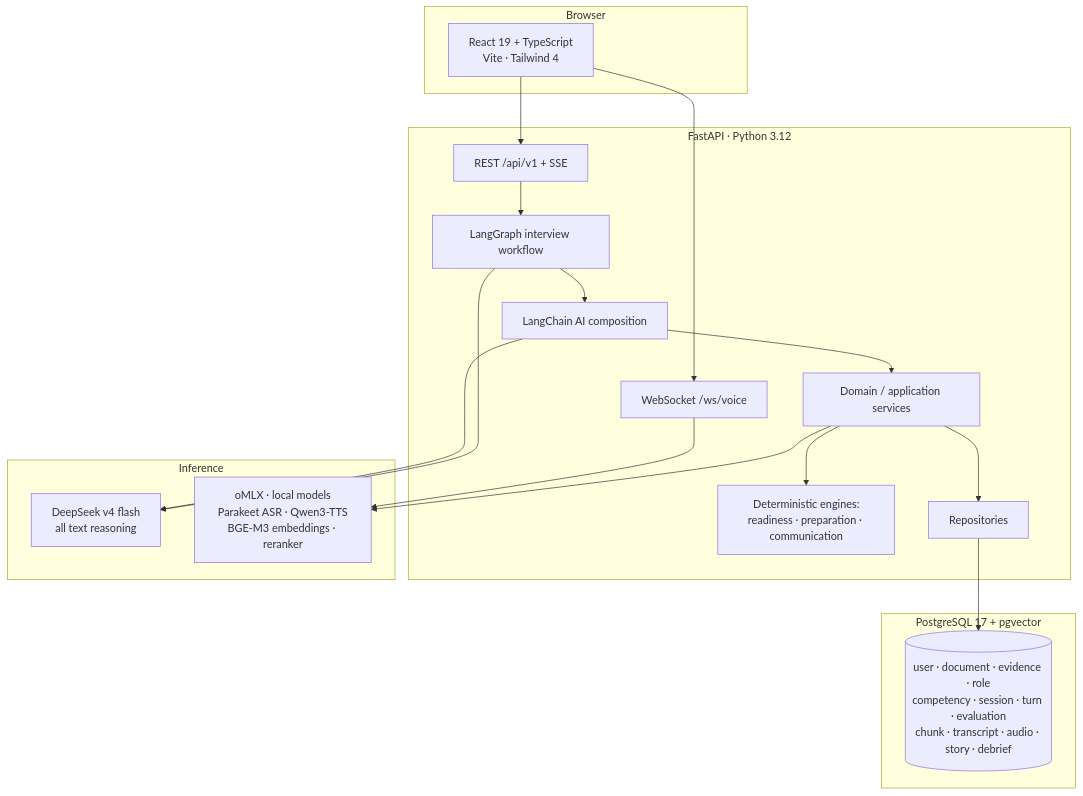
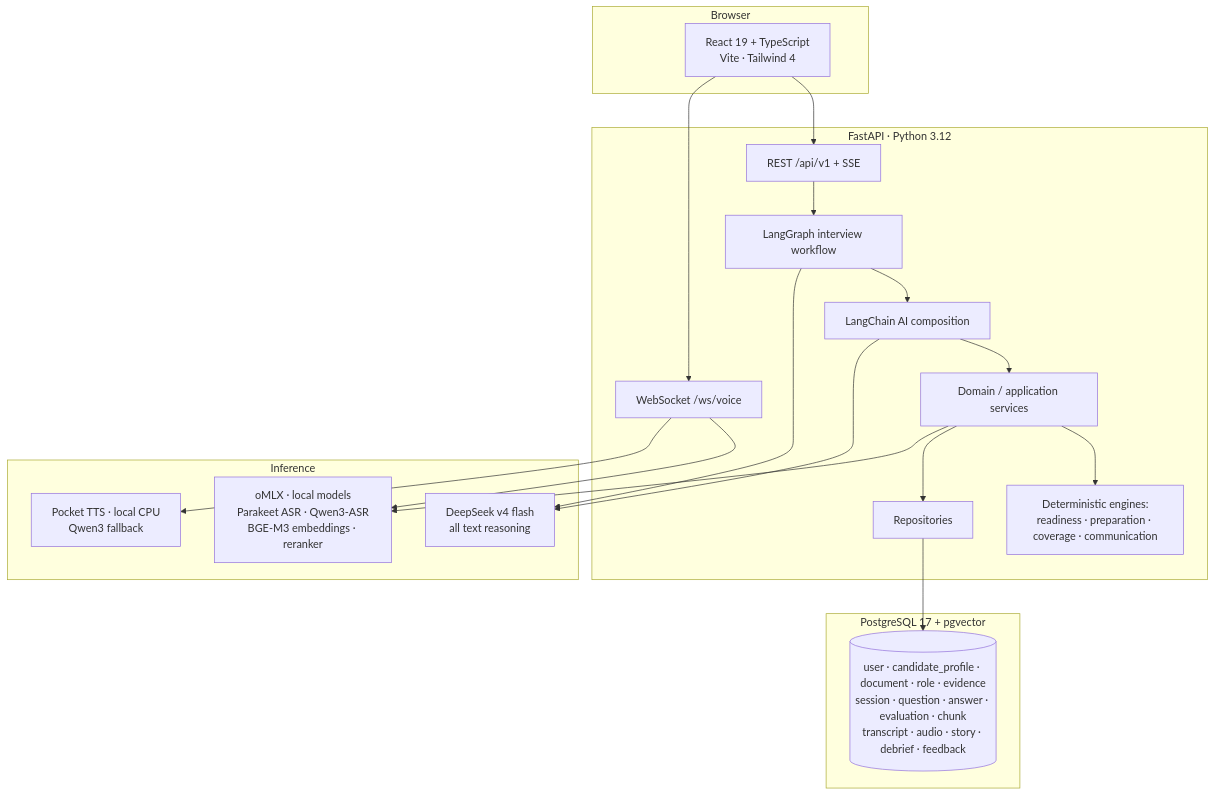
One commit to areddy1805/pramya changed the first of 3 diagrams in README.md. Above: the diagram before and after it, drawn with Mermaid. The commit also changed other lines of this file and 6 other files, not shown here.

First line of the commit message:
docs: finalize v1.0 documentation, changelog, and architecture polish

````diff
--- a/README.md
+++ b/README.md
@@ -137,34 +170,36 @@
 ```mermaid
 flowchart TB
     subgraph Browser
         UI[React 19 + TypeScript<br/>Vite · Tailwind 4]
     end
     subgraph Backend[FastAPI · Python 3.12]
         API[REST /api/v1 + SSE]
         WS[WebSocket /ws/voice]
         WG[LangGraph interview workflow]
         LC[LangChain AI composition]
         SVC[Domain / application services]
-        DET[Deterministic engines:<br/>readiness · preparation · communication]
+        DET[Deterministic engines:<br/>readiness · preparation · coverage · communication]
         REPO[Repositories]
     end
     subgraph Data[PostgreSQL 17 + pgvector]
-        DB[(user · document · evidence · role<br/>competency · session · turn · evaluation<br/>chunk · transcript · audio · story · debrief)]
+        DB[(user · candidate_profile · document · role · evidence<br/>session · question · answer · evaluation · chunk<br/>transcript · audio · story · debrief · feedback)]
     end
     subgraph Inference
         DS[DeepSeek v4 flash<br/>all text reasoning]
-        OMLX[oMLX · local models<br/>Parakeet ASR · Qwen3-TTS<br/>BGE-M3 embeddings · reranker]
+        OMLX[oMLX · local models<br/>Parakeet ASR · Qwen3-ASR<br/>BGE-M3 embeddings · reranker]
+        TTS[Pocket TTS · local CPU<br/>Qwen3 fallback]
     end
     UI --> API
     UI --> WS
     API --> WG
     WG --> LC
     LC --> SVC
     SVC --> DET
     SVC --> REPO
     REPO --> DB
     LC --> DS
     WG --> DS
     WS --> OMLX
+    WS --> TTS
     SVC --> OMLX
 ```
````
